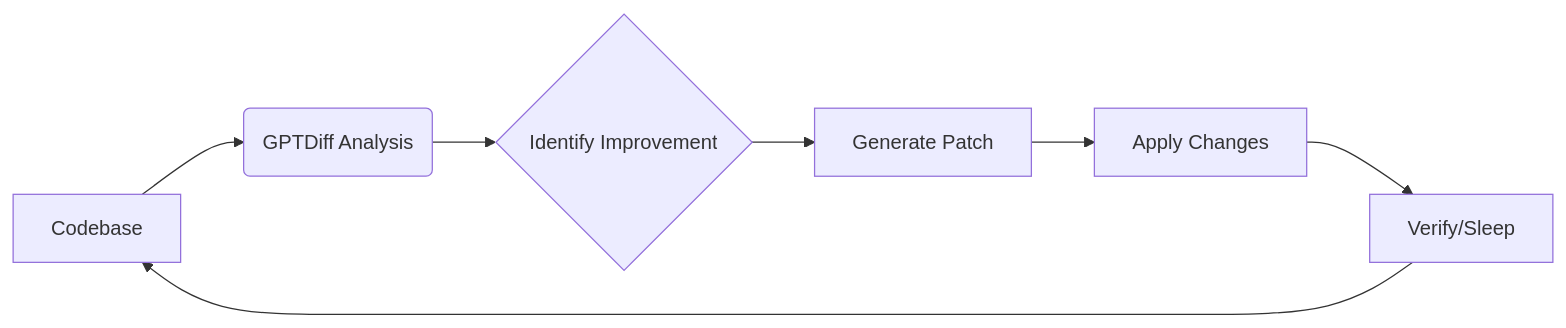
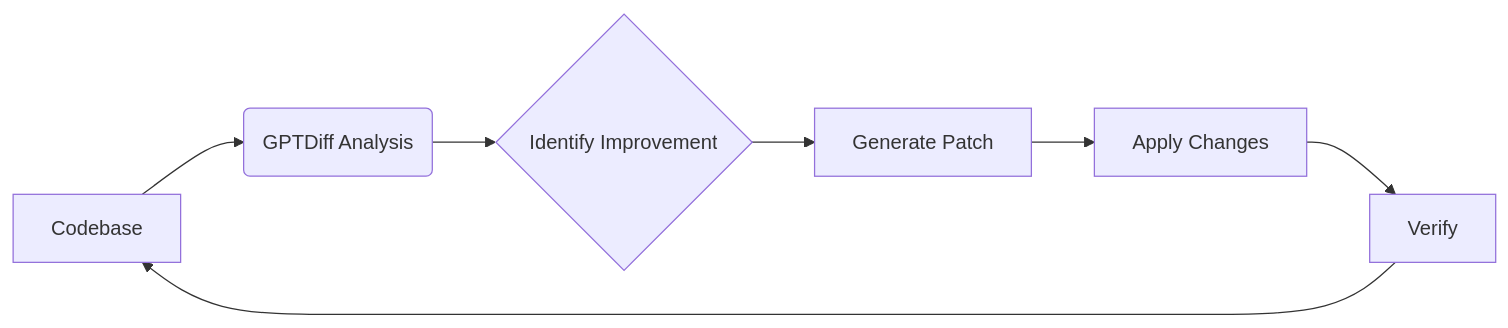
The diagram in docs/examples/automation.md (255BITS/gptdiff), drawn with Mermaid before and after one commit. The commit also changed other lines of this file and 18 other files, not shown here.

````diff
--- a/docs/examples/automation.md
+++ b/docs/examples/automation.md
@@ -4,9 +7,9 @@
 ```mermaid
 graph LR
     A[Codebase] --> B(GPTDiff Analysis)
     B --> C{Identify Improvement}
     C --> D[Generate Patch]
     D --> E[Apply Changes]
-    E --> F[Verify/Sleep]
+    E --> F[Verify]
     F --> A
 ```
````
